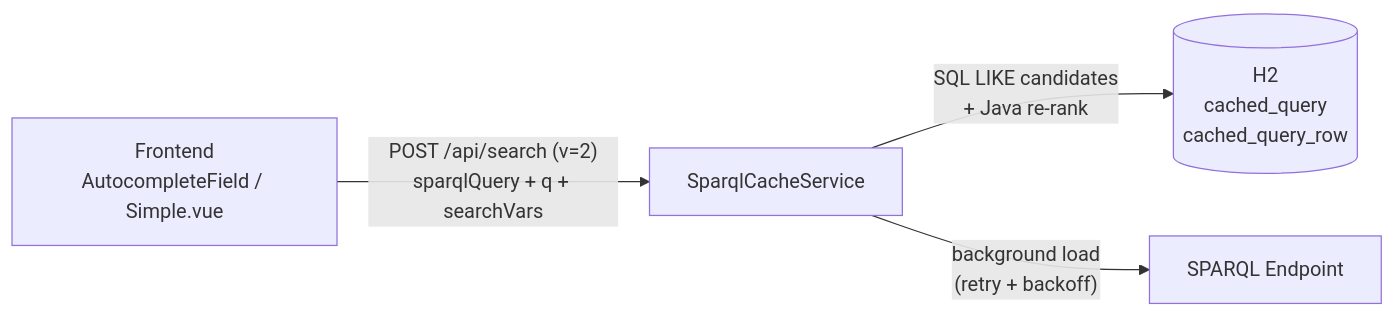
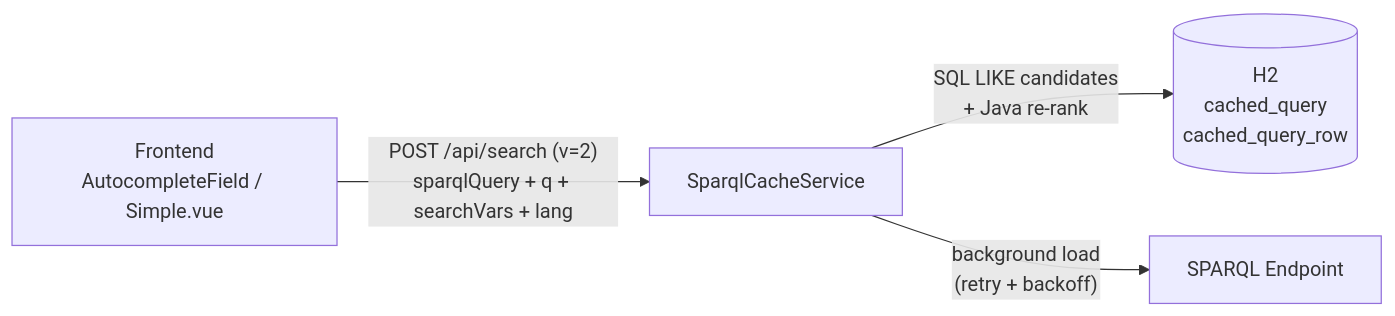
The diagram in docs/backend/caching.md (PhiloBiblon/philobiblon-ui), drawn with Mermaid before and after one commit. The commit also changed other lines of this file and 2 other files, not shown here.

Commit message:
docs: document the all-languages cache model (per-language columns + lang param)

````diff
--- a/docs/backend/caching.md
+++ b/docs/backend/caching.md
@@ -24,6 +24,6 @@
 ```mermaid
 flowchart LR
-    FE["Frontend\nAutocompleteField / Simple.vue"] -->|"POST /api/search (v=2)\nsparqlQuery + q + searchVars"| SVC["SparqlCacheService"]
+    FE["Frontend\nAutocompleteField / Simple.vue"] -->|"POST /api/search (v=2)\nsparqlQuery + q + searchVars + lang"| SVC["SparqlCacheService"]
     SVC -->|"SQL LIKE candidates\n+ Java re-rank"| DB[("H2\ncached_query\ncached_query_row")]
     SVC -->|"background load\n(retry + backoff)"| SE["SPARQL Endpoint"]
 ```
````
